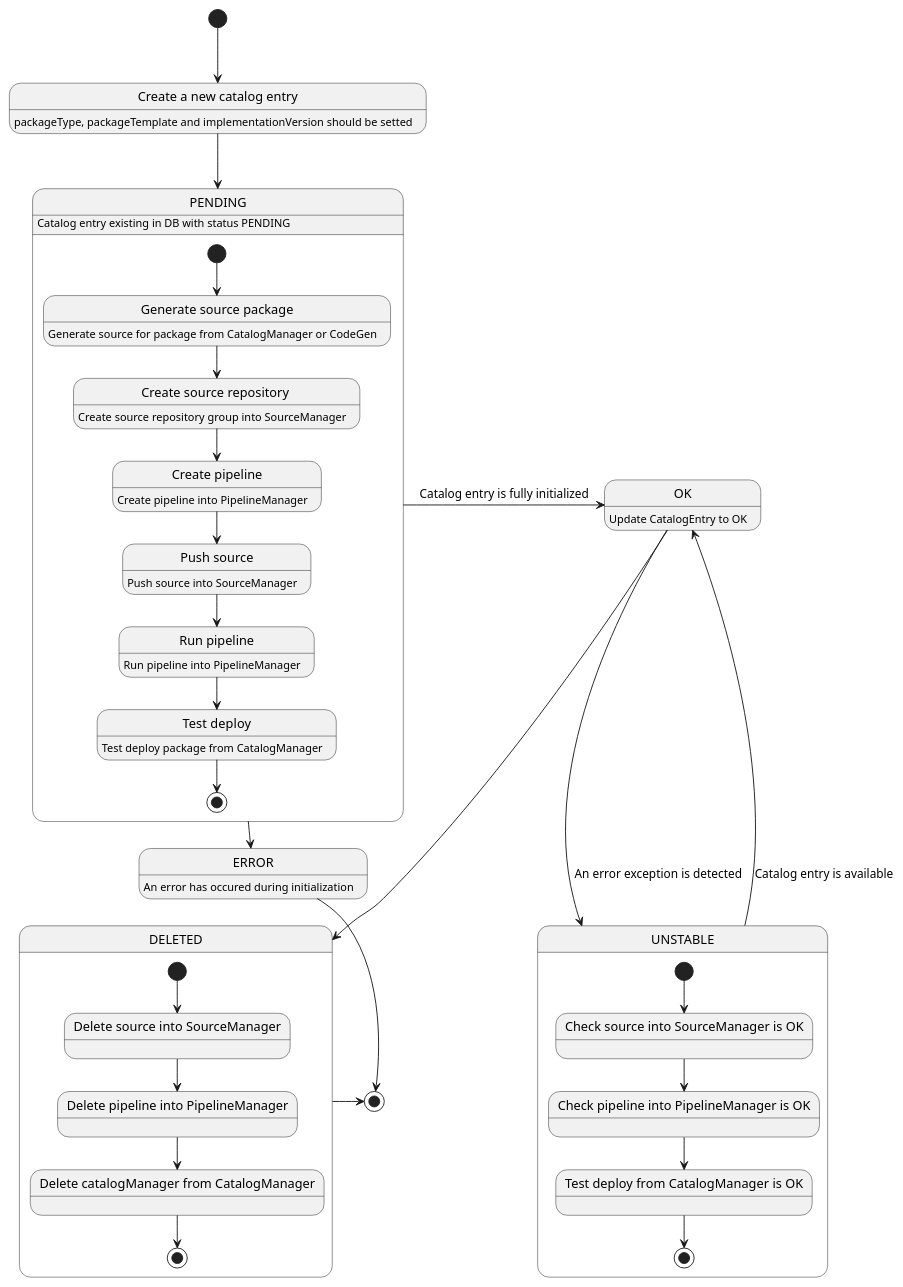
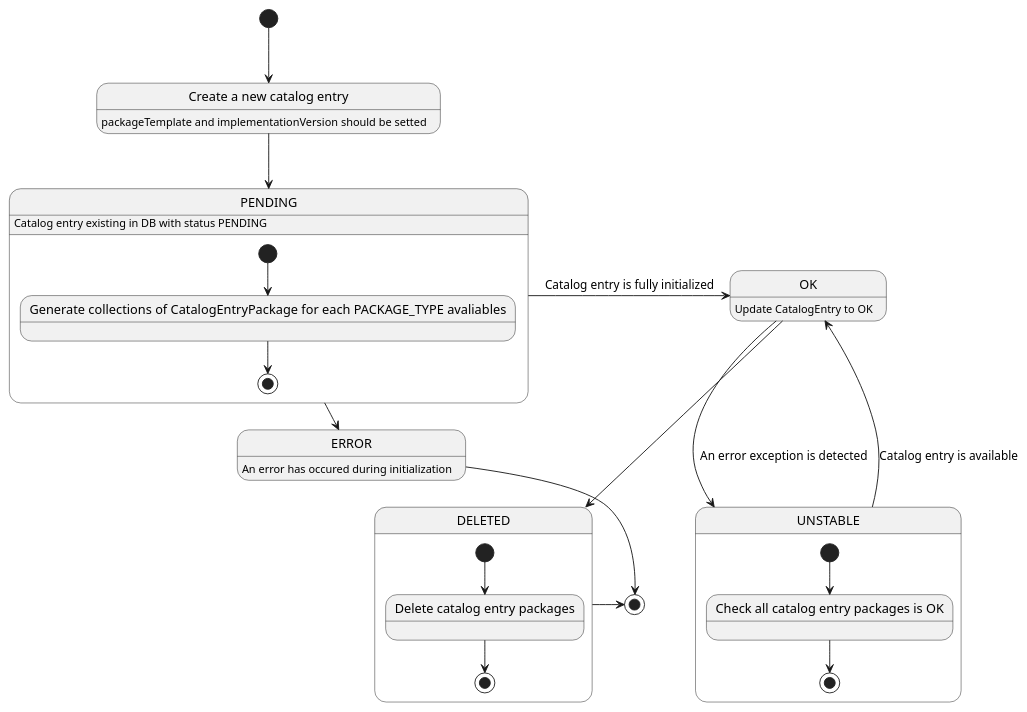
One commit to kathra-project/specifications changed the diagram in Use cases/CatalogEntry/lifecycle-state-machine.puml. Above: the diagram before and after it, drawn with PlantUML. The commit also changed 7 other files, not shown here.

```diff
--- a/Use cases/CatalogEntry/lifecycle-state-machine.puml
+++ b/Use cases/CatalogEntry/lifecycle-state-machine.puml
@@ -1,49 +1,31 @@
 @startuml
-state "Create a new catalog entry" as insertCatalogEntry : packageType, packageTemplate and implementationVersion should be setted
+state "Create a new catalog entry" as insertCatalogEntry : packageTemplate and implementationVersion should be setted
 [*] --> insertCatalogEntry
 insertCatalogEntry --> PENDING
 PENDING : Catalog entry existing in DB with status PENDING
 ERROR : An error has occured during initialization
 state PENDING {
-    state "Generate source package" as generateSrc : Generate source for package from CatalogManager or CodeGen
-    state "Create source repository " as createRepository : Create source repository group into SourceManager
-    state "Create pipeline" as createPipeline : Create pipeline into PipelineManager
-    state "Push source" as pushSource : Push source into SourceManager
-    state "Run pipeline" as runPipeline : Run pipeline into PipelineManager
-    state "Test deploy" as testDeploy : Test deploy package from CatalogManager
-    [*] --> generateSrc
-    generateSrc --> createRepository
-    createRepository --> createPipeline
-    createPipeline --> pushSource
-    pushSource --> runPipeline
-    runPipeline --> testDeploy
-    testDeploy --> [*]
+    state "Generate collections of CatalogEntryPackage for each PACKAGE_TYPE avaliables" as generatesPackages
+    [*] --> generatesPackages
+    generatesPackages --> [*]
 }
 ERROR -> [*]
 PENDING -> OK : Catalog entry is fully initialized
 PENDING -> ERROR
 OK : Update CatalogEntry to OK
 OK --> UNSTABLE : An error exception is detected
 state UNSTABLE {
-    state "Check source into SourceManager is OK" as checkSource
-    state "Check pipeline into PipelineManager is OK" as checkPipeline
-    state "Test deploy from CatalogManager is OK" as testPackage
-    [*] --> checkSource
-    checkSource --> checkPipeline
-    checkPipeline --> testPackage
-    testPackage --> [*]
+    state "Check all catalog entry packages is OK" as checkPackages
+    [*] --> checkPackages
+    checkPackages --> [*]
 }
 UNSTABLE -> OK : Catalog entry is available
 OK --> DELETED
 state DELETED {
-    state "Delete source into SourceManager" as deleteSrc
-    state "Delete pipeline into PipelineManager" as deletePipeline
-    state "Delete catalogManager from CatalogManager" as deleteEntry
-    [*] --> deleteSrc
-    deleteSrc --> deletePipeline
-    deletePipeline --> deleteEntry
-    deleteEntry --> [*]
+    state "Delete catalog entry packages" as deletePackages
+    [*] --> deletePackages
+    deletePackages --> [*]
 }
 DELETED -> [*]
 
 @enduml
```
